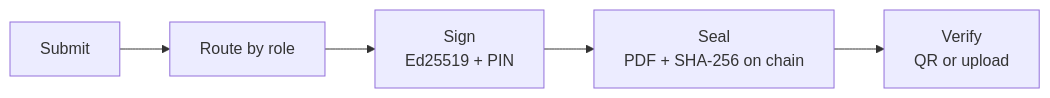
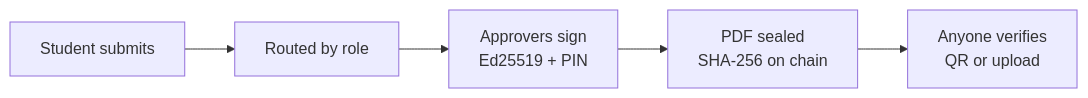
One commit to Siddhesh-source/mit_wpu changed the diagram in README.md. Above: the diagram before and after it, drawn with Mermaid. The commit also changed other lines of this file and 11 other files, not shown here.

````diff
--- a/README.md
+++ b/README.md
@@ -31,4 +30,4 @@
 ```mermaid
 flowchart LR
-  A[Submit] --> B[Route by role] --> C[Sign<br/>Ed25519 + PIN] --> D[Seal<br/>PDF + SHA-256 on chain] --> E[Verify<br/>QR or upload]
+  A[Student submits] --> B[Routed by role] --> C[Approvers sign<br/>Ed25519 + PIN] --> D[PDF sealed<br/>SHA-256 on chain] --> E[Anyone verifies<br/>QR or upload]
 ```
````
